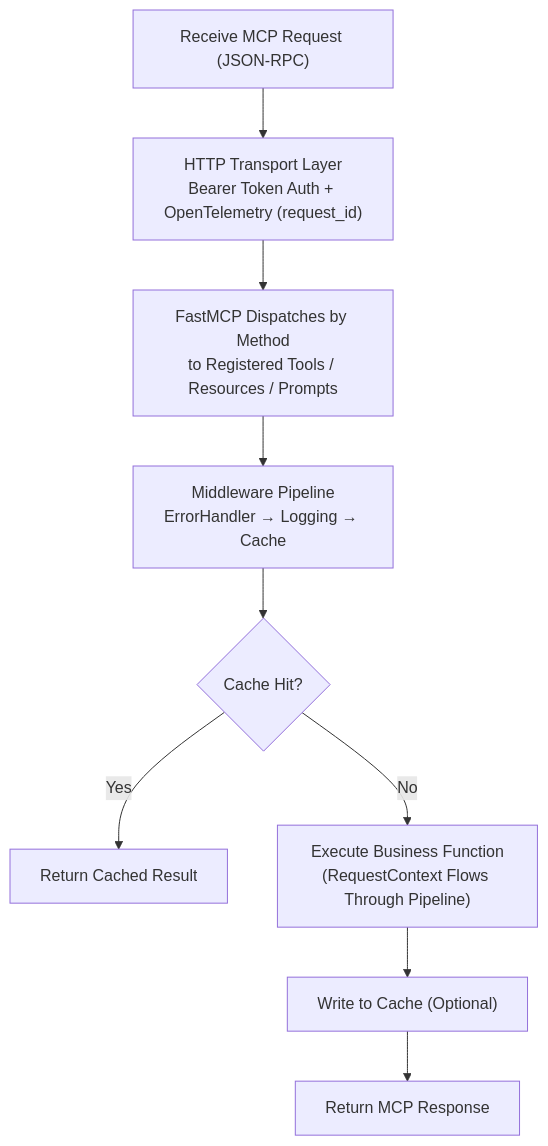
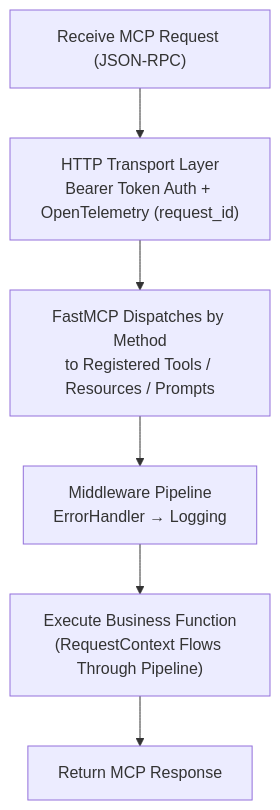
Before and after one commit to chain-engine/x-QiuChi: the third of 4 diagrams in README.en.md, drawn with Mermaid. The commit also changed other lines of this file and 31 other files, not shown here.

````diff
--- a/README.en.md
+++ b/README.en.md
@@ -426,11 +423,8 @@
 ```mermaid
 flowchart TD
     R1["Receive MCP Request (JSON-RPC)"] --> R2["HTTP Transport Layer<br/>Bearer Token Auth + OpenTelemetry (request_id)"]
     R2 --> R3["FastMCP Dispatches by Method<br/>to Registered Tools / Resources / Prompts"]
-    R3 --> R4["Middleware Pipeline<br/>ErrorHandler → Logging → Cache"]
-    R4 --> R5{"Cache Hit?"}
-    R5 -->|"Yes"| R8["Return Cached Result"]
-    R5 -->|"No"| R6["Execute Business Function<br/>(RequestContext Flows Through Pipeline)"]
-    R6 --> R7["Write to Cache (Optional)"]
-    R7 --> R9["Return MCP Response"]
+    R3 --> R4["Middleware Pipeline<br/>ErrorHandler → Logging"]
+    R4 --> R6["Execute Business Function<br/>(RequestContext Flows Through Pipeline)"]
+    R6 --> R9["Return MCP Response"]
 ```
````
